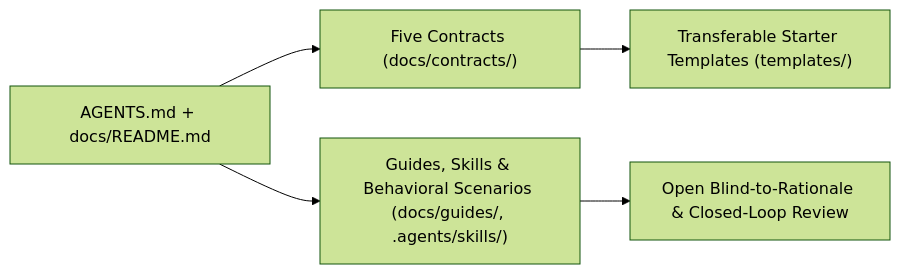
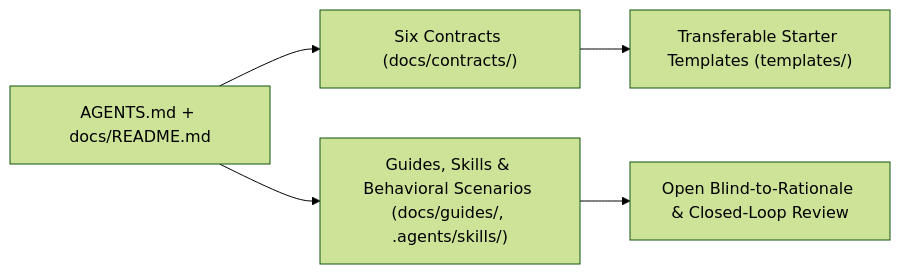
The diagram in docs/specs/discipline/README.md (aaaAlexanderaaa/template-project), drawn with Mermaid (forest theme) before and after one commit. The commit also changed 27 other files, not shown here.

````diff
--- a/docs/specs/discipline/README.md
+++ b/docs/specs/discipline/README.md
@@ -17,7 +17,7 @@
 ```mermaid
 flowchart LR
-  Entry["AGENTS.md + docs/README.md"] --> Contracts["Five Contracts (docs/contracts/)"]
+  Entry["AGENTS.md + docs/README.md"] --> Contracts["Six Contracts (docs/contracts/)"]
   Entry --> Guides["Guides, Skills & Behavioral Scenarios (docs/guides/, .agents/skills/)"]
   Contracts --> Templates["Transferable Starter Templates (templates/)"]
   Guides --> Review["Open Blind-to-Rationale & Closed-Loop Review"]
 ```
````
